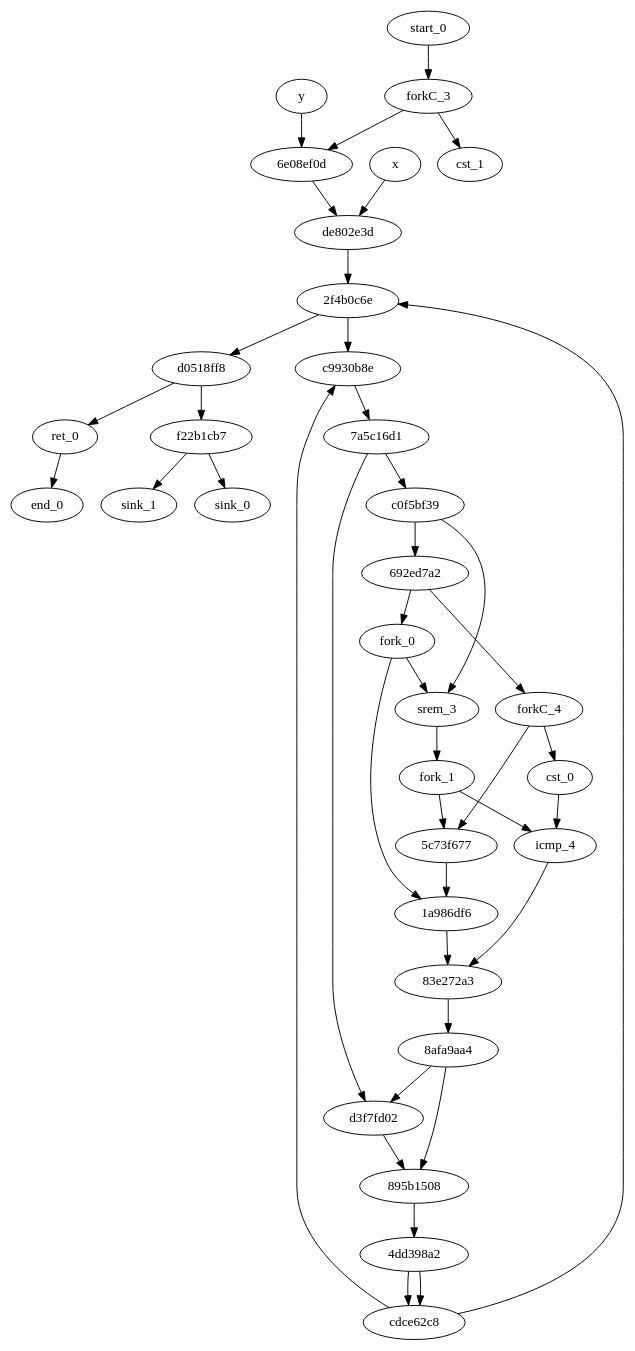
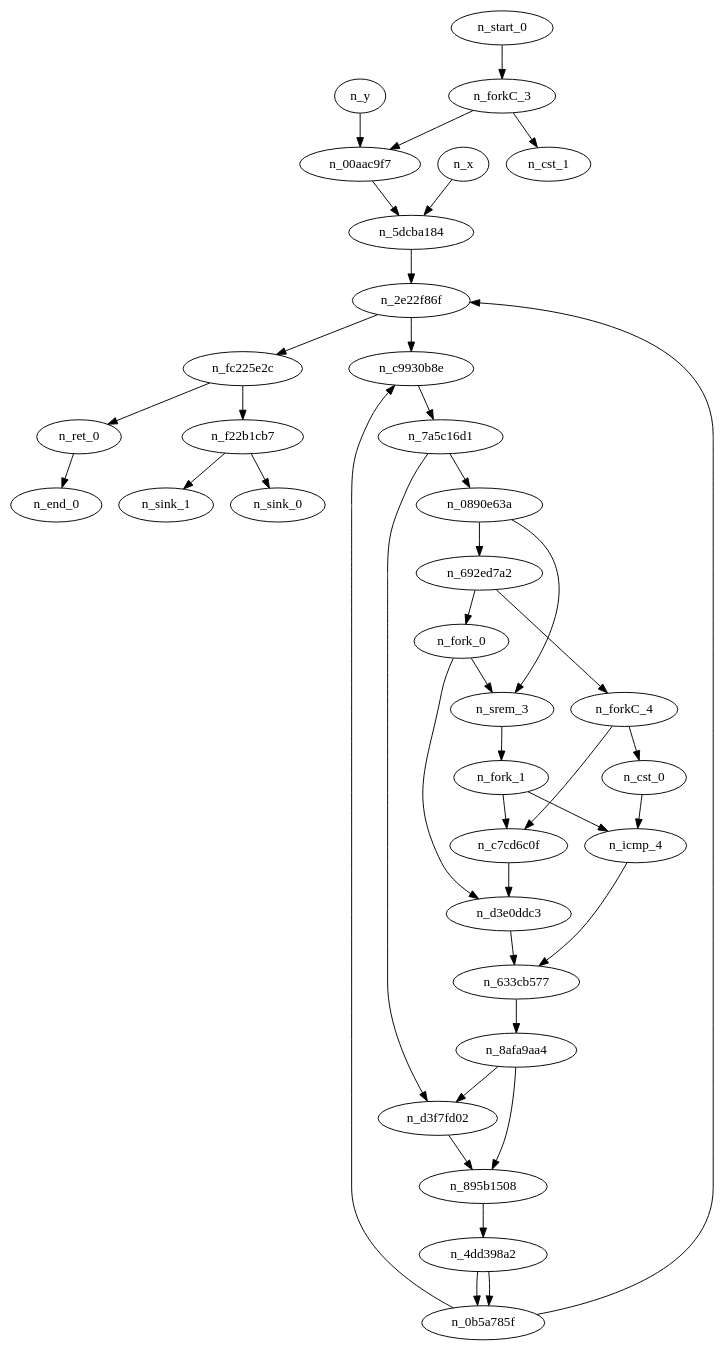
One commit to VCA-EPFL/graphiti changed the diagram in benchmarks/transformed/gcd.dot. Above: the diagram before and after it, drawn with Graphviz. The commit also changed 7 other files, not shown here.

```diff
--- a/benchmarks/transformed/gcd.dot
+++ b/benchmarks/transformed/gcd.dot
@@ -1,77 +1,77 @@
 Digraph G {
-"sink_1" [type = "Sink", in = "in1:0", bbID = 0];
-"f22b1cb7" [type = "Split", in = "in1:32 ", out = "out1:32 out2:0 "];
-"d0518ff8" [type = "Split", in = "in1:64 ", out = "out1:32 out2:32 "];
-"srem_3" [type = "Operator", op = "srem_op", II = 1, latency = 0, delay = 0, tagger_id = -1, taggers_num = 0, tagged = false, out = "out1:32", in = "in1:32 in2:32", bbID = 2];
-"fork_1" [type = "Fork", tagger_id = -1, taggers_num = 0, tagged = false, out = "out1:32 out2:32", in = "in1:32", bbID = 2];
-"1a986df6" [type = "Concat", in = "in1:32 in2:32 ", out = "out1:64 "];
-"83e272a3" [type = "Concat", in = "in1:64 in2:1 ", out = "out1:65 "];
-"c0f5bf39" [type = "Split", in = "in1:64 ", out = "out1:32 out2:32 "];
-"de802e3d" [type = "Concat", in = "in1:32 in2:32 ", out = "out1:64 "];
-"start_0" [type = "Entry", control = "true", tagger_id = -1, taggers_num = 0, tagged = false, out = "out1:0", in = "in1:0", bbID = 1];
-"forkC_3" [type = "Fork", tagger_id = -1, taggers_num = 0, tagged = false, out = "out1:0 out2:0", in = "in1:0", bbID = 1];
-"x" [type = "Entry", tagger_id = -1, taggers_num = 0, tagged = false, out = "out1:32", in = "in1:32", bbID = 1];
-"ret_0" [type = "Operator", op = "ret_op", II = 1, latency = 0, delay = 0, tagger_id = -1, taggers_num = 0, tagged = false, out = "out1:32", in = "in1:32", bbID = 3];
-"y" [type = "Entry", tagger_id = -1, taggers_num = 0, tagged = false, out = "out1:32", in = "in1:32", bbID = 1];
-"end_0" [type = "Exit", out = "out1:32", in = "in1:32", bbID = 0];
-"cst_1" [type = "Constant", value = "0x00000000", tagger_id = -1, taggers_num = 0, tagged = false, out = "out1:32", in = "in1:0", bbID = 1];
-"6e08ef0d" [type = "Concat", in = "in1:32 in2:0 ", out = "out1:32 "];
-"c9930b8e" [type = "Merge", in = "in2:64 in1:64 ", out = "out1:64 "];
-"cdce62c8" [type = "Branch", in = "in1:64 in2:1 ", out = "out1:64 out2:64 "];
-"4dd398a2" [type = "Split", in = "in1:65 ", out = "out1:64 out2:1 "];
-"2f4b0c6e" [type = "TaggerUntagger", in = "in2:64 in1:64 ", out = "out2:64 out1:64 "];
-"7a5c16d1" [type = "Split", in = "in1:64 ", out = "out2:64 out1:0 "];
-"8afa9aa4" [type = "Split", in = "in1:65 ", out = "out1:64 out2:1 "];
-"d3f7fd02" [type = "Concat", in = "in2:64 in1:0 ", out = "out1:64 "];
-"895b1508" [type = "Concat", in = "in1:64 in2:1 ", out = "out1:65 "];
-"692ed7a2" [type = "Split", in = "in1:32 ", out = "out1:32 out2:0 "];
-"forkC_4" [type = "Fork", tagger_id = -1, taggers_num = 0, tagged = false, out = "out1:0 out2:0", in = "in1:0", bbID = 2];
-"fork_0" [type = "Fork", tagger_id = -1, taggers_num = 0, tagged = false, out = "out1:32 out2:32", in = "in1:32", bbID = 2];
-"5c73f677" [type = "Concat", in = "in2:0 in1:32 ", out = "out1:32 "];
-"icmp_4" [type = "Operator", op = "icmp_eq_op", II = 1, latency = 0, delay = 1.53, tagger_id = -1, taggers_num = 0, tagged = false, out = "out1:1", in = "in1:32 in2:32", bbID = 2];
-"cst_0" [type = "Constant", value = "0x00000000", tagger_id = -1, taggers_num = 0, tagged = false, out = "out1:32", in = "in1:0", bbID = 2];
-"sink_0" [type = "Sink", in = "in1:32", bbID = 0];
+"n_sink_1" [type = "Sink", in="in1:0", bbID = 0];
+"n_f22b1cb7" [type = "Split", in = "in1:32 ", out = "out1:32 out2:0 "];
+"n_fc225e2c" [type = "Split", in = "in1:64 ", out = "out1:32 out2:32 "];
+"n_srem_3" [type = "Operator", op="srem_op", II = 1, latency = 0, delay = 0, tagger_id = -1, taggers_num = 0, tagged = false, out = "out1:32", in = "in1:32 in2:32", bbID = 2];
+"n_fork_1" [type = "Fork", tagger_id=-1, taggers_num = 0, tagged = false, out = "out1:32 out2:32", in = "in1:32", bbID = 2];
+"n_d3e0ddc3" [type = "Concat", in = "in1:32 in2:32 ", out = "out1:64 "];
+"n_633cb577" [type = "Concat", in = "in1:64 in2:1 ", out = "out1:65 "];
+"n_0890e63a" [type = "Split", in = "in1:64 ", out = "out1:32 out2:32 "];
+"n_5dcba184" [type = "Concat", in = "in1:32 in2:32 ", out = "out1:64 "];
+"n_start_0" [type = "Entry", control="true", tagger_id = -1, taggers_num = 0, tagged = false, out = "out1:0", in = "in1:0", bbID = 1];
+"n_forkC_3" [type = "Fork", tagger_id=-1, taggers_num = 0, tagged = false, out = "out1:0 out2:0", in = "in1:0", bbID = 1];
+"n_x" [type = "Entry", tagger_id=-1, taggers_num = 0, tagged = false, out = "out1:32", in = "in1:32", bbID = 1];
+"n_ret_0" [type = "Operator", op="ret_op", II = 1, latency = 0, delay = 0, tagger_id = -1, taggers_num = 0, tagged = false, out = "out1:32", in = "in1:32", bbID = 3];
+"n_y" [type = "Entry", tagger_id=-1, taggers_num = 0, tagged = false, out = "out1:32", in = "in1:32", bbID = 1];
+"n_end_0" [type = "Exit", out="out1:32", in = "in1:32", bbID = 0];
+"n_cst_1" [type = "Constant", value="0x00000000", tagger_id = -1, taggers_num = 0, tagged = false, out = "out1:32", in = "in1:0", bbID = 1];
+"n_00aac9f7" [type = "Concat", in = "in1:32 in2:0 ", out = "out1:32 "];
+"n_c9930b8e" [type = "Merge", in = "in2:64 in1:64 ", out = "out1:64 "];
+"n_0b5a785f" [type = "Branch", in = "in1:64 in2:1 ", out = "out1:64 out2:64 "];
+"n_4dd398a2" [type = "Split", in = "in1:65 ", out = "out1:64 out2:1 "];
+"n_2e22f86f" [type = "TaggerUntagger", in = "in2:64 in1:64 ", out = "out2:64 out1:64 "];
+"n_7a5c16d1" [type = "Split", in = "in1:64 ", out = "out2:64 out1:0 "];
+"n_8afa9aa4" [type = "Split", in = "in1:65 ", out = "out1:64 out2:1 "];
+"n_d3f7fd02" [type = "Concat", in = "in2:64 in1:0 ", out = "out1:64 "];
+"n_895b1508" [type = "Concat", in = "in1:64 in2:1 ", out = "out1:65 "];
+"n_692ed7a2" [type = "Split", in = "in1:32 ", out = "out1:32 out2:0 "];
+"n_forkC_4" [type = "Fork", tagger_id=-1, taggers_num = 0, tagged = false, out = "out1:0 out2:0", in = "in1:0", bbID = 2];
+"n_fork_0" [type = "Fork", tagger_id=-1, taggers_num = 0, tagged = false, out = "out1:32 out2:32", in = "in1:32", bbID = 2];
+"n_c7cd6c0f" [type = "Concat", in = "in2:0 in1:32 ", out = "out1:32 "];
+"n_icmp_4" [type = "Operator", op="icmp_eq_op", II = 1, latency = 0, delay = 1.53, tagger_id = -1, taggers_num = 0, tagged = false, out = "out1:1", in = "in1:32 in2:32", bbID = 2];
+"n_cst_0" [type = "Constant", value="0x00000000", tagger_id = -1, taggers_num = 0, tagged = false, out = "out1:32", in = "in1:0", bbID = 2];
+"n_sink_0" [type = "Sink", in="in1:32", bbID = 0];
 
 
-  "forkC_3" -> "cst_1" [from = "out2", to = "in1" ];
-  "forkC_3" -> "6e08ef0d" [from = "out1", to = "in2" ];
-  "d0518ff8" -> "ret_0" [from = "out1", to = "in1" ];
-  "start_0" -> "forkC_3" [from = "out1", to = "in1" ];
-  "ret_0" -> "end_0" [from = "out1", to = "in1" ];
-  "y" -> "6e08ef0d" [from = "out1", to = "in1" ];
-  "x" -> "de802e3d" [from = "out1", to = "in1" ];
-  "6e08ef0d" -> "de802e3d" [from = "out1", to = "in2" ];
-  "de802e3d" -> "2f4b0c6e" [from = "out1", to = "in2" ];
-  "2f4b0c6e" -> "d0518ff8" [from = "out2", to = "in1" ];
-  "cdce62c8" -> "2f4b0c6e" [from = "out2", to = "in1" ];
-  "cdce62c8" -> "c9930b8e" [from = "out1", to = "in1" ];
-  "4dd398a2" -> "cdce62c8" [from = "out2", to = "in2" ];
-  "4dd398a2" -> "cdce62c8" [from = "out1", to = "in1" ];
-  "895b1508" -> "4dd398a2" [from = "out1", to = "in1" ];
-  "8afa9aa4" -> "895b1508" [from = "out2", to = "in2" ];
-  "d3f7fd02" -> "895b1508" [from = "out1", to = "in1" ];
-  "7a5c16d1" -> "d3f7fd02" [from = "out1", to = "in1" ];
-  "8afa9aa4" -> "d3f7fd02" [from = "out1", to = "in2" ];
-  "83e272a3" -> "8afa9aa4" [from = "out1", to = "in1" ];
-  "7a5c16d1" -> "c0f5bf39" [from = "out2", to = "in1" ];
-  "c9930b8e" -> "7a5c16d1" [from = "out1", to = "in1" ];
-  "2f4b0c6e" -> "c9930b8e" [from = "out1", to = "in2" ];
-  "fork_0" -> "1a986df6" [from = "out2", to = "in1" ];
-  "forkC_4" -> "5c73f677" [from = "out2", to = "in2" ];
-  "forkC_4" -> "cst_0" [from = "out1", to = "in1" ];
-  "fork_0" -> "srem_3" [from = "out1", to = "in2" ];
-  "692ed7a2" -> "fork_0" [from = "out1", to = "in1" ];
-  "c0f5bf39" -> "srem_3" [from = "out1", to = "in1" ];
-  "c0f5bf39" -> "692ed7a2" [from = "out2", to = "in1" ];
-  "692ed7a2" -> "forkC_4" [from = "out2", to = "in1" ];
-  "1a986df6" -> "83e272a3" [from = "out1", to = "in1" ];
-  "icmp_4" -> "83e272a3" [from = "out1", to = "in2" ];
-  "cst_0" -> "icmp_4" [from = "out1", to = "in2" ];
-  "5c73f677" -> "1a986df6" [from = "out1", to = "in2" ];
-  "fork_1" -> "5c73f677" [from = "out2", to = "in1" ];
-  "fork_1" -> "icmp_4" [from = "out1", to = "in1" ];
-  "srem_3" -> "fork_1" [from = "out1", to = "in1" ];
-  "d0518ff8" -> "f22b1cb7" [from = "out2", to = "in1" ];
-  "f22b1cb7" -> "sink_0" [from = "out1", to = "in1" ];
-  "f22b1cb7" -> "sink_1" [from = "out2", to = "in1" ];
+  "n_forkC_3" -> "n_cst_1" [from = "out2", to = "in1" ];
+  "n_forkC_3" -> "n_00aac9f7" [from = "out1", to = "in2" ];
+  "n_fc225e2c" -> "n_ret_0" [from = "out1", to = "in1" ];
+  "n_start_0" -> "n_forkC_3" [from = "out1", to = "in1" ];
+  "n_ret_0" -> "n_end_0" [from = "out1", to = "in1" ];
+  "n_y" -> "n_00aac9f7" [from = "out1", to = "in1" ];
+  "n_x" -> "n_5dcba184" [from = "out1", to = "in1" ];
+  "n_00aac9f7" -> "n_5dcba184" [from = "out1", to = "in2" ];
+  "n_5dcba184" -> "n_2e22f86f" [from = "out1", to = "in2" ];
+  "n_2e22f86f" -> "n_fc225e2c" [from = "out2", to = "in1" ];
+  "n_0b5a785f" -> "n_2e22f86f" [from = "out2", to = "in1" ];
+  "n_0b5a785f" -> "n_c9930b8e" [from = "out1", to = "in1" ];
+  "n_4dd398a2" -> "n_0b5a785f" [from = "out2", to = "in2" ];
+  "n_4dd398a2" -> "n_0b5a785f" [from = "out1", to = "in1" ];
+  "n_895b1508" -> "n_4dd398a2" [from = "out1", to = "in1" ];
+  "n_8afa9aa4" -> "n_895b1508" [from = "out2", to = "in2" ];
+  "n_d3f7fd02" -> "n_895b1508" [from = "out1", to = "in1" ];
+  "n_7a5c16d1" -> "n_d3f7fd02" [from = "out1", to = "in1" ];
+  "n_8afa9aa4" -> "n_d3f7fd02" [from = "out1", to = "in2" ];
+  "n_633cb577" -> "n_8afa9aa4" [from = "out1", to = "in1" ];
+  "n_7a5c16d1" -> "n_0890e63a" [from = "out2", to = "in1" ];
+  "n_c9930b8e" -> "n_7a5c16d1" [from = "out1", to = "in1" ];
+  "n_2e22f86f" -> "n_c9930b8e" [from = "out1", to = "in2" ];
+  "n_fork_0" -> "n_d3e0ddc3" [from = "out2", to = "in1" ];
+  "n_forkC_4" -> "n_c7cd6c0f" [from = "out2", to = "in2" ];
+  "n_forkC_4" -> "n_cst_0" [from = "out1", to = "in1" ];
+  "n_fork_0" -> "n_srem_3" [from = "out1", to = "in2" ];
+  "n_692ed7a2" -> "n_fork_0" [from = "out1", to = "in1" ];
+  "n_0890e63a" -> "n_srem_3" [from = "out1", to = "in1" ];
+  "n_0890e63a" -> "n_692ed7a2" [from = "out2", to = "in1" ];
+  "n_692ed7a2" -> "n_forkC_4" [from = "out2", to = "in1" ];
+  "n_d3e0ddc3" -> "n_633cb577" [from = "out1", to = "in1" ];
+  "n_icmp_4" -> "n_633cb577" [from = "out1", to = "in2" ];
+  "n_cst_0" -> "n_icmp_4" [from = "out1", to = "in2" ];
+  "n_c7cd6c0f" -> "n_d3e0ddc3" [from = "out1", to = "in2" ];
+  "n_fork_1" -> "n_c7cd6c0f" [from = "out2", to = "in1" ];
+  "n_fork_1" -> "n_icmp_4" [from = "out1", to = "in1" ];
+  "n_srem_3" -> "n_fork_1" [from = "out1", to = "in1" ];
+  "n_fc225e2c" -> "n_f22b1cb7" [from = "out2", to = "in1" ];
+  "n_f22b1cb7" -> "n_sink_0" [from = "out1", to = "in1" ];
+  "n_f22b1cb7" -> "n_sink_1" [from = "out2", to = "in1" ];
 }
```
